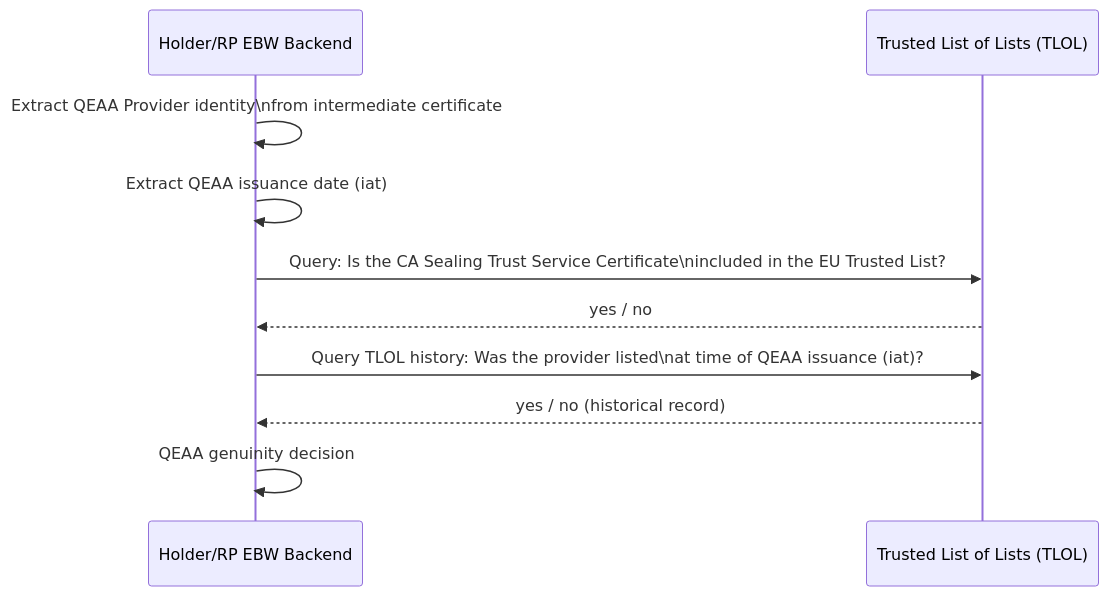
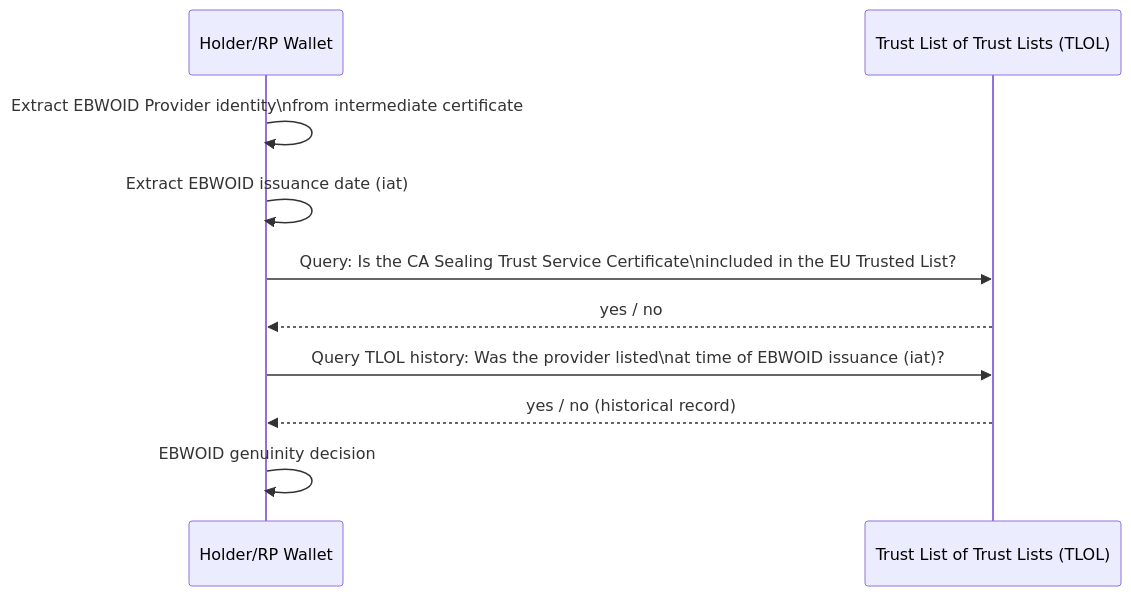
The second of 7 diagrams in rulebooks/rb-base/verifier-base-verification.md (webuild-consortium/webuild-attestation-rulebooks-catalog), drawn with Mermaid before and after one commit. The commit also changed other lines of this file and 3 other files, not shown here.

````diff
--- a/rulebooks/rb-base/verifier-base-verification.md
+++ b/rulebooks/rb-base/verifier-base-verification.md
@@ -181,13 +120,13 @@
 ```mermaid
 sequenceDiagram
-participant HW as Holder/RP EBW Backend
-participant TLOL as Trusted List of Lists (TLOL)
+participant HW as Holder/RP Wallet
+participant TLOL as Trust List of Trust Lists (TLOL)
 
-    HW->>HW: Extract QEAA Provider identity\nfrom intermediate certificate
-    HW->>HW: Extract QEAA issuance date (iat)
+    HW->>HW: Extract EBWOID Provider identity\nfrom intermediate certificate
+    HW->>HW: Extract EBWOID issuance date (iat)
     HW->>TLOL: Query: Is the CA Sealing Trust Service Certificate\nincluded in the EU Trusted List?
     TLOL-->>HW: yes / no
-    HW->>TLOL: Query TLOL history: Was the provider listed\nat time of QEAA issuance (iat)?
+    HW->>TLOL: Query TLOL history: Was the provider listed\nat time of EBWOID issuance (iat)?
     TLOL-->>HW: yes / no (historical record)
-    HW->>HW: QEAA genuinity decision
+    HW->>HW: EBWOID genuinity decision
 ```
````
